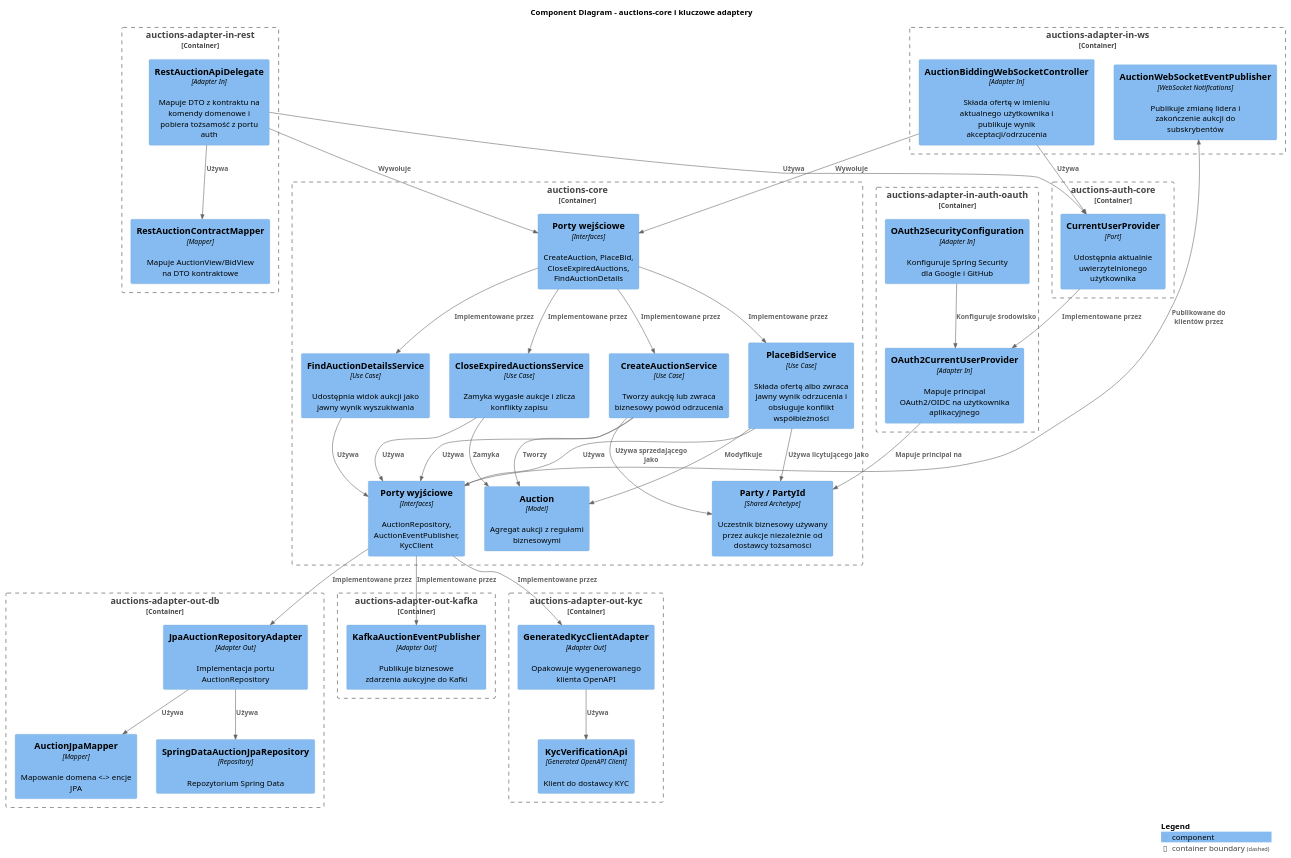
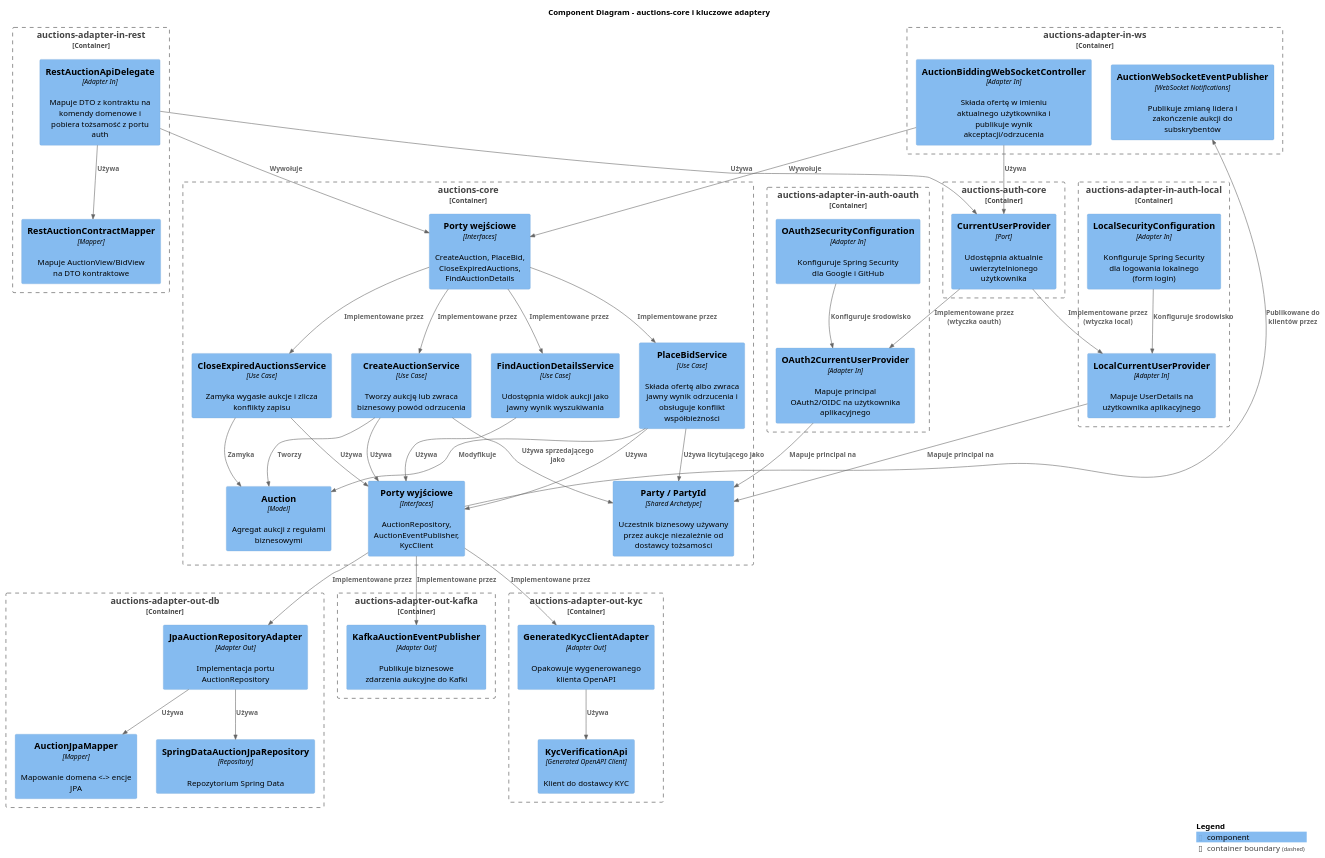
One commit to mikoreg/sandbox changed the third of 3 diagrams in hexabid/doc/architecture-c4.adoc. Above: the diagram before and after it, drawn with PlantUML. The commit also changed other lines of this file and 134 other files, not shown here.

```diff
--- a/hexabid/doc/architecture-c4.adoc
+++ b/hexabid/doc/architecture-c4.adoc
@@ -153,6 +160,11 @@
 Container_Boundary(oauthBoundary, "auctions-adapter-in-auth-oauth") {
     Component(oauthConfig, "OAuth2SecurityConfiguration", "Adapter In", "Konfiguruje Spring Security dla Google i GitHub")
     Component(oauthCurrentUserProvider, "OAuth2CurrentUserProvider", "Adapter In", "Mapuje principal OAuth2/OIDC na użytkownika aplikacyjnego")
+}
+
+Container_Boundary(localAuthBoundary, "auctions-adapter-in-auth-local") {
+    Component(localAuthConfig, "LocalSecurityConfiguration", "Adapter In", "Konfiguruje Spring Security dla logowania lokalnego (form login)")
+    Component(localCurrentUserProvider, "LocalCurrentUserProvider", "Adapter In", "Mapuje UserDetails na użytkownika aplikacyjnego")
 }
 
 Container_Boundary(restBoundary, "auctions-adapter-in-rest") {
@@ -205,9 +217,12 @@
 Rel(outPorts, kafkaPublisher, "Implementowane przez")
 Rel(outPorts, kycClientAdapter, "Implementowane przez")
 Rel(outPorts, wsPublisher, "Publikowane do klientów przez")
-Rel(currentUserPort, oauthCurrentUserProvider, "Implementowane przez")
+Rel(currentUserPort, oauthCurrentUserProvider, "Implementowane przez (wtyczka oauth)")
+Rel(currentUserPort, localCurrentUserProvider, "Implementowane przez (wtyczka local)")
 Rel(oauthCurrentUserProvider, partyArchetype, "Mapuje principal na")
+Rel(localCurrentUserProvider, partyArchetype, "Mapuje principal na")
 Rel(oauthConfig, oauthCurrentUserProvider, "Konfiguruje środowisko")
+Rel(localAuthConfig, localCurrentUserProvider, "Konfiguruje środowisko")
 
 Rel(jpaRepoAdapter, jpaMapper, "Używa")
 Rel(jpaRepoAdapter, springDataRepo, "Używa")
```
